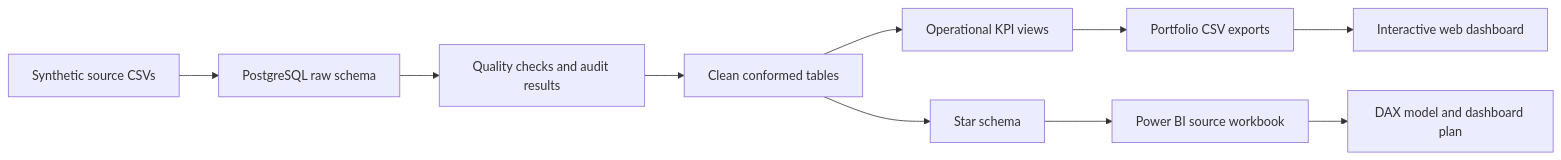
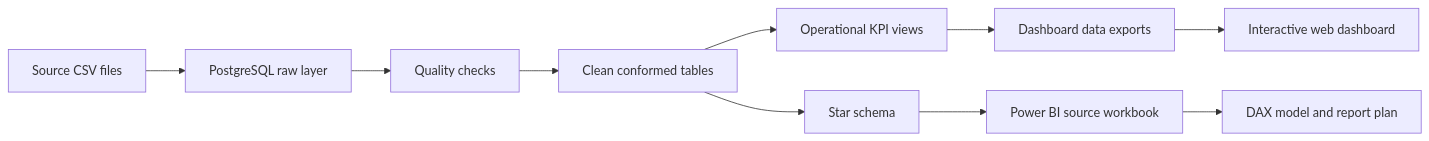
One commit to Akshayamin13/supply-chain-operations-control-tower changed the diagram in README.md. Above: the diagram before and after it, drawn with Mermaid. The commit also changed other lines of this file and 21 other files, not shown here.

Commit message:
Consolidate dashboard and portfolio documentation

````diff
--- a/README.md
+++ b/README.md
@@ -32,12 +39,12 @@
 ```mermaid
 flowchart LR
-    A[Synthetic source CSVs] --> B[PostgreSQL raw schema]
-    B --> C[Quality checks and audit results]
+    A[Source CSV files] --> B[PostgreSQL raw layer]
+    B --> C[Quality checks]
     C --> D[Clean conformed tables]
     D --> E[Operational KPI views]
     D --> F[Star schema]
-    E --> G[Portfolio CSV exports]
+    E --> G[Dashboard data exports]
     F --> H[Power BI source workbook]
-    H --> I[DAX model and dashboard plan]
-    G --> J[Interactive web dashboard]
+    G --> I[Interactive web dashboard]
+    H --> J[DAX model and report plan]
 ```
````
